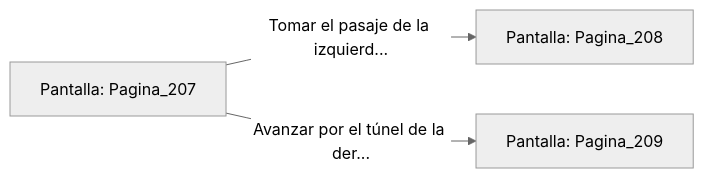
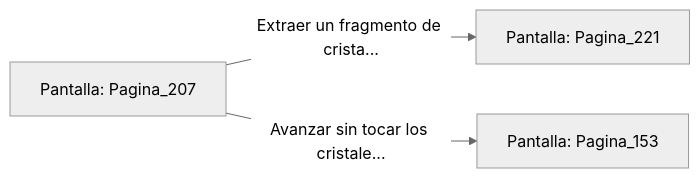
The diagram in sample/eligejuego-vault/Pantalla_Pagina_207.md (metsuke/mpl), drawn with Mermaid (neutral theme) before and after one commit. The commit also changed other lines of this file and 635 other files, not shown here.

First line of the commit message:
fix: añadir Pagina_1 como pantalla inicial en capitulo_01.mpl

````diff
--- a/sample/eligejuego-vault/Pantalla_Pagina_207.md
+++ b/sample/eligejuego-vault/Pantalla_Pagina_207.md
@@ -20,6 +24,6 @@
 ```mermaid
 graph LR
     P_Pagina_207["Pantalla: Pagina_207"]
-    P_Pagina_207 -->|"Tomar el pasaje de la izquierd..."| P_Pagina_208["Pantalla: Pagina_208"]
-    P_Pagina_207 -->|"Avanzar por el túnel de la der..."| P_Pagina_209["Pantalla: Pagina_209"]
+    P_Pagina_207 -->|"Extraer un fragmento de crista..."| P_Pagina_221["Pantalla: Pagina_221"]
+    P_Pagina_207 -->|"Avanzar sin tocar los cristale..."| P_Pagina_153["Pantalla: Pagina_153"]
 ```
````
